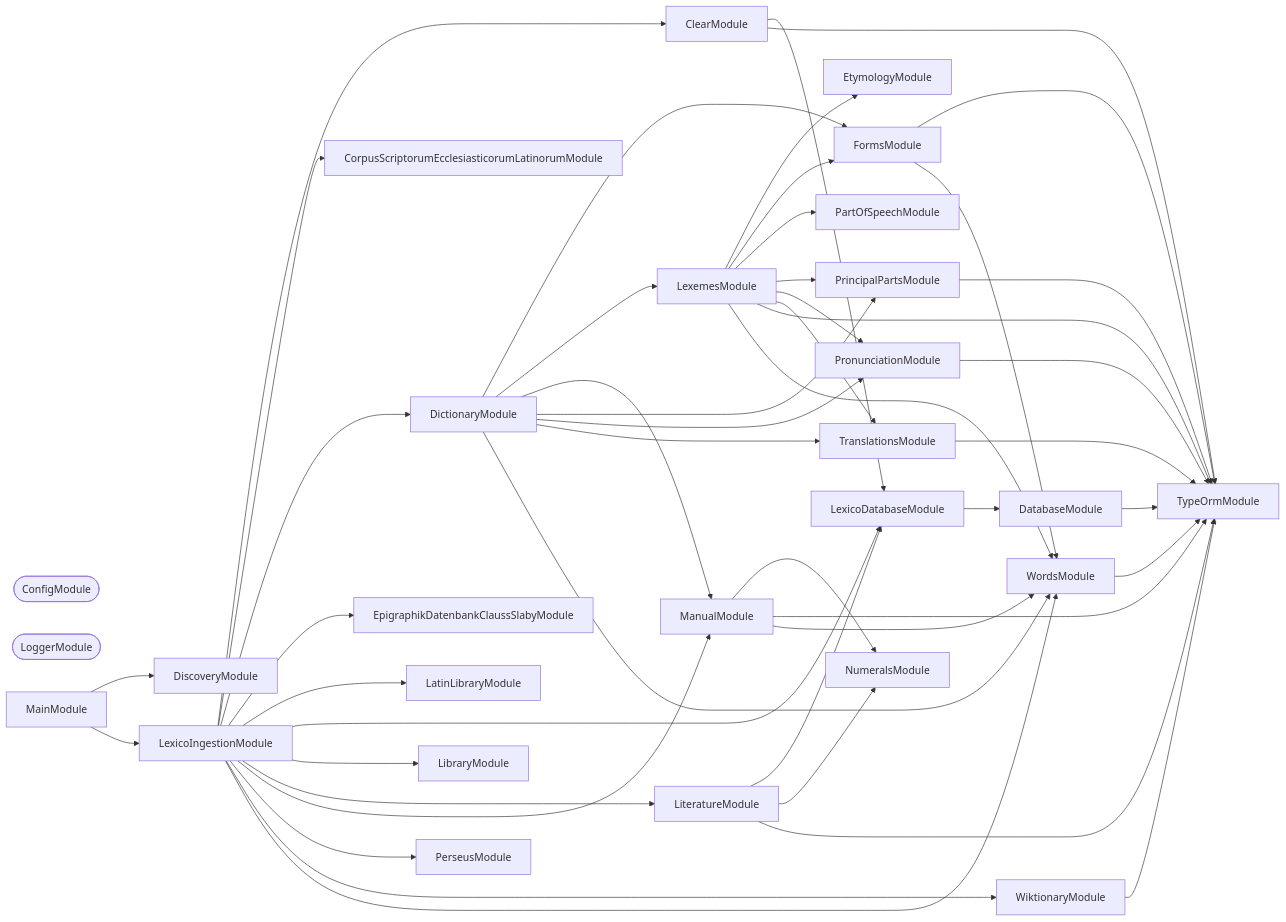
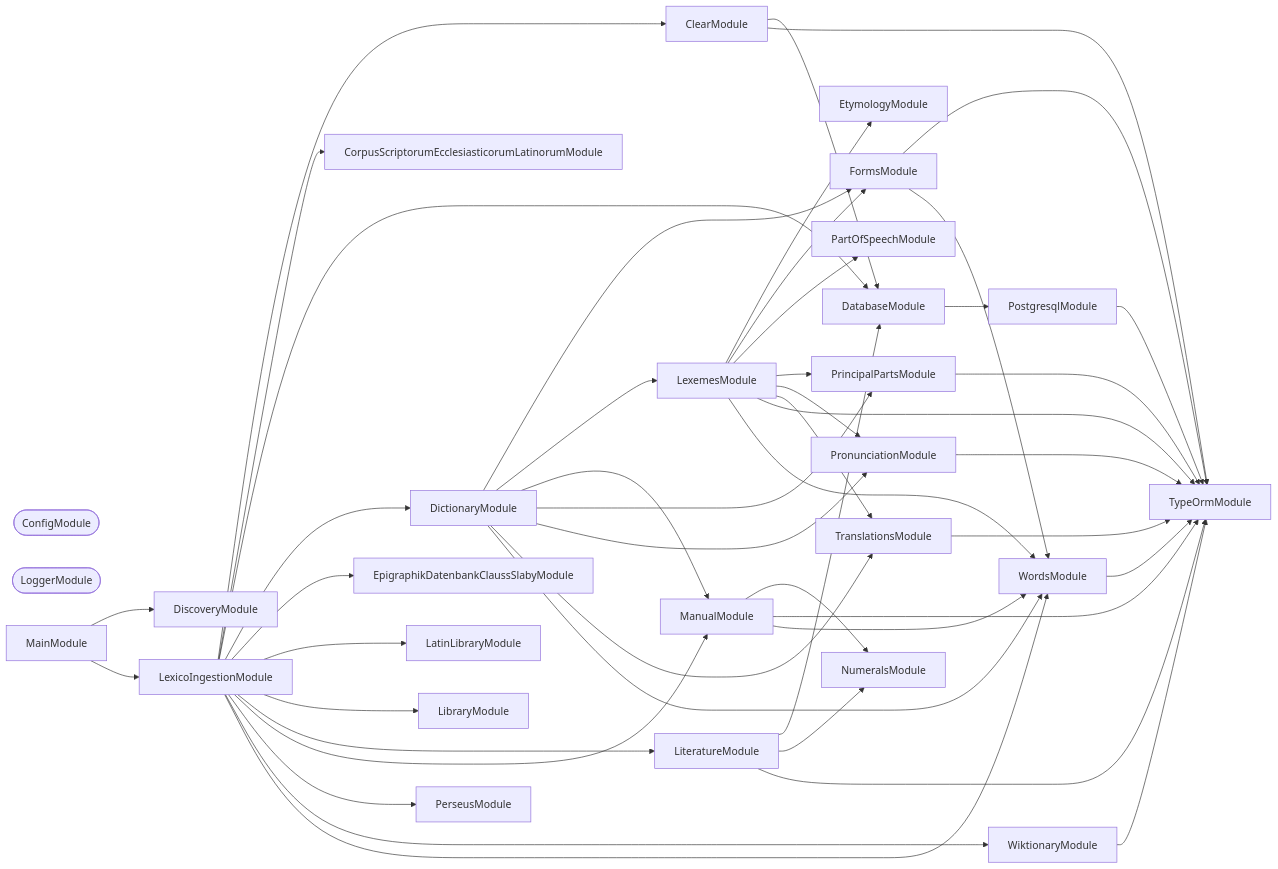
One commit to organizzolini/codebase changed the second of 3 diagrams in projects/lexico/lexico-cli/README.md. Above: the diagram before and after it, drawn with Mermaid. The commit also changed other lines of this file and 69 other files, not shown here.

````diff
--- a/projects/lexico/lexico-cli/README.md
+++ b/projects/lexico/lexico-cli/README.md
@@ -872,76 +872,76 @@
 ```mermaid
 flowchart LR
   ClearModule
   ConfigModule([ConfigModule])
   CorpusScriptorumEcclesiasticorumLatinorumModule
   DatabaseModule
   DictionaryModule
   DiscoveryModule
   EpigraphikDatenbankClaussSlabyModule
   EtymologyModule
   FormsModule
   LatinLibraryModule
   LexemesModule
-  LexicoDatabaseModule
   LexicoIngestionModule
   LibraryModule
   LiteratureModule
   LoggerModule([LoggerModule])
   MainModule
   ManualModule
   NumeralsModule
   PartOfSpeechModule
   PerseusModule
+  PostgresqlModule
   PrincipalPartsModule
   PronunciationModule
   TranslationsModule
   TypeOrmModule
   WiktionaryModule
   WordsModule
-  ClearModule --> LexicoDatabaseModule
+  ClearModule --> DatabaseModule
   ClearModule --> TypeOrmModule
-  DatabaseModule --> TypeOrmModule
+  DatabaseModule --> PostgresqlModule
   DictionaryModule --> FormsModule
   DictionaryModule --> LexemesModule
   DictionaryModule --> ManualModule
   DictionaryModule --> PrincipalPartsModule
   DictionaryModule --> PronunciationModule
   DictionaryModule --> TranslationsModule
   DictionaryModule --> WordsModule
   FormsModule --> TypeOrmModule
   FormsModule --> WordsModule
   LexemesModule --> EtymologyModule
   LexemesModule --> FormsModule
   LexemesModule --> PartOfSpeechModule
   LexemesModule --> PrincipalPartsModule
   LexemesModule --> PronunciationModule
   LexemesModule --> TranslationsModule
   LexemesModule --> TypeOrmModule
   LexemesModule --> WordsModule
-  LexicoDatabaseModule --> DatabaseModule
   LexicoIngestionModule --> ClearModule
   LexicoIngestionModule --> CorpusScriptorumEcclesiasticorumLatinorumModule
+  LexicoIngestionModule --> DatabaseModule
   LexicoIngestionModule --> DictionaryModule
   LexicoIngestionModule --> EpigraphikDatenbankClaussSlabyModule
   LexicoIngestionModule --> LatinLibraryModule
-  LexicoIngestionModule --> LexicoDatabaseModule
   LexicoIngestionModule --> LibraryModule
   LexicoIngestionModule --> LiteratureModule
   LexicoIngestionModule --> ManualModule
   LexicoIngestionModule --> PerseusModule
   LexicoIngestionModule --> WiktionaryModule
   LexicoIngestionModule --> WordsModule
-  LiteratureModule --> LexicoDatabaseModule
+  LiteratureModule --> DatabaseModule
   LiteratureModule --> NumeralsModule
   LiteratureModule --> TypeOrmModule
   MainModule --> DiscoveryModule
   MainModule --> LexicoIngestionModule
   ManualModule --> NumeralsModule
   ManualModule --> TypeOrmModule
   ManualModule --> WordsModule
+  PostgresqlModule --> TypeOrmModule
   PrincipalPartsModule --> TypeOrmModule
   PronunciationModule --> TypeOrmModule
   TranslationsModule --> TypeOrmModule
   WiktionaryModule --> TypeOrmModule
   WordsModule --> TypeOrmModule
 ```
````
